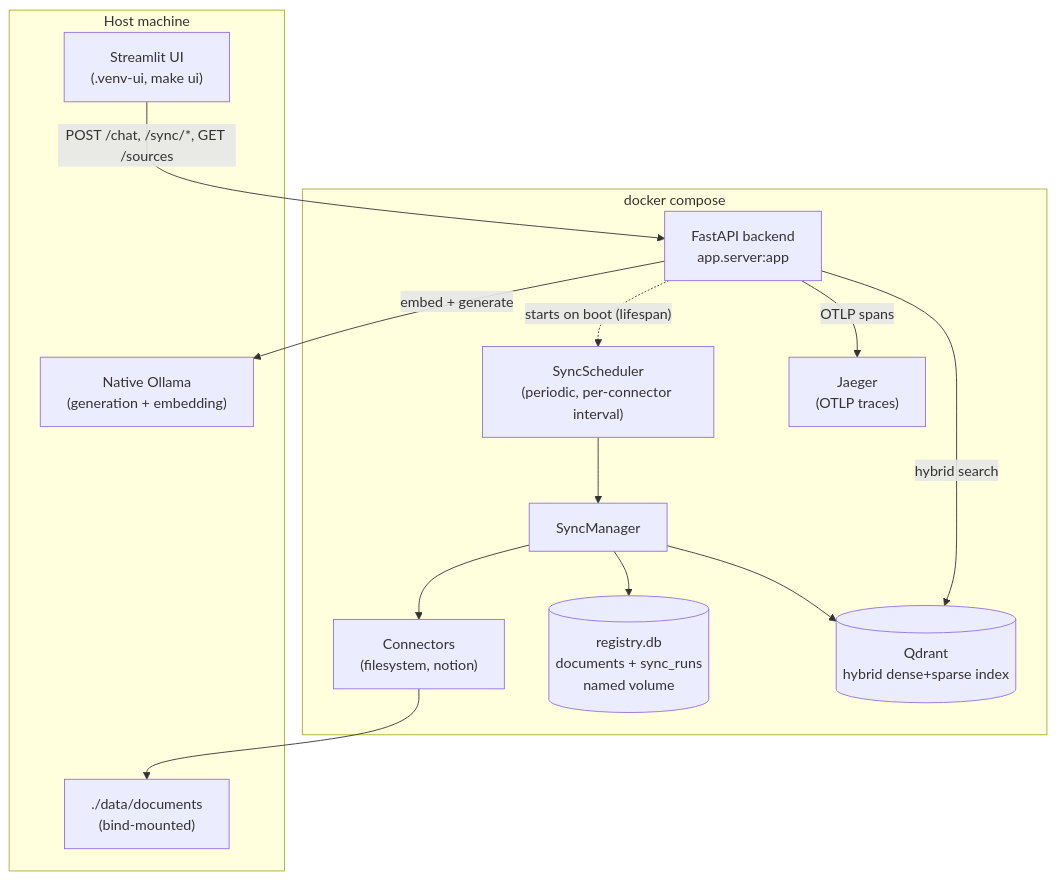
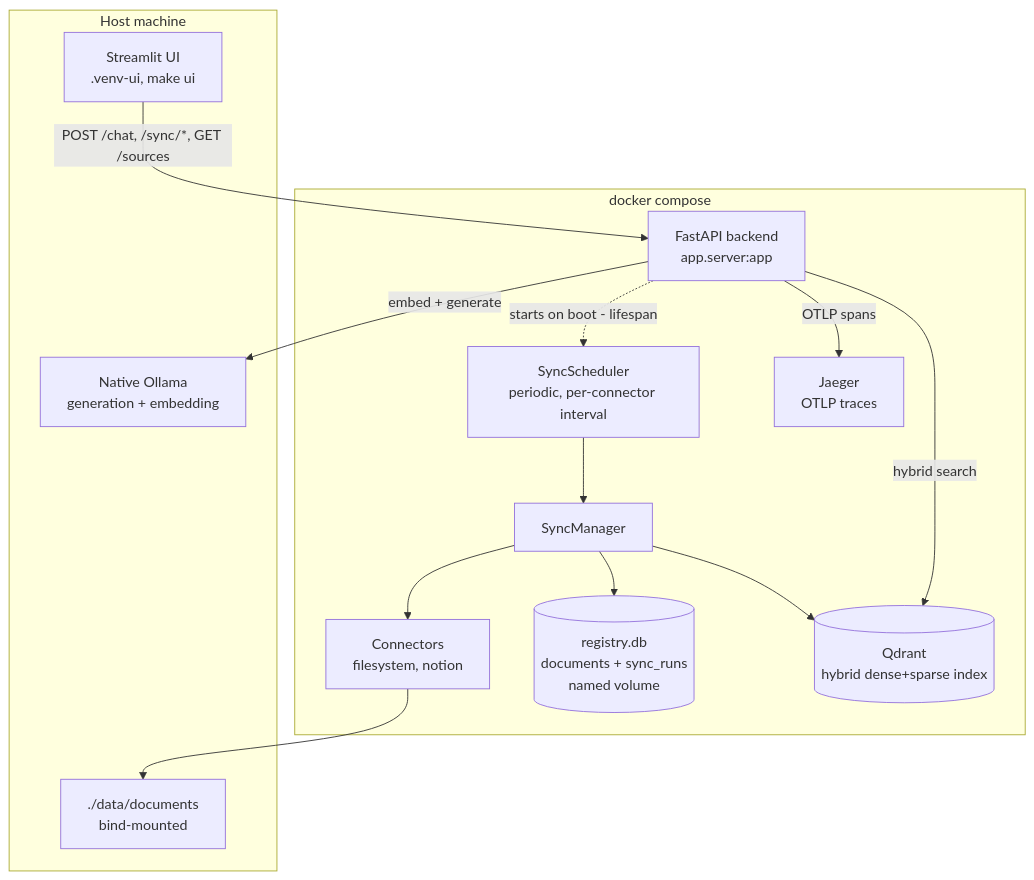
Before and after one commit to negativexq/knowledge-base-rag: the diagram in README.md, drawn with Mermaid.

Commit message:
Fix README architecture diagram: drop parens from mermaid labels
GitHub's mermaid renderer intermittently fails ("Unable to render rich
display") on flowchart node/edge labels containing parentheses, even
inside quoted strings. Replaces them with plain text/dashes so the
diagram renders reliably.

````diff
--- a/README.md
+++ b/README.md
@@ -78,29 +78,29 @@
 ```mermaid
 graph TD
     subgraph Host["Host machine"]
-        Ollama["Native Ollama<br/>(generation + embedding)"]
-        UI["Streamlit UI<br/>(.venv-ui, make ui)"]
-        DocsFolder["./data/documents<br/>(bind-mounted)"]
+        Ollama["Native Ollama<br/>generation + embedding"]
+        UI["Streamlit UI<br/>.venv-ui, make ui"]
+        DocsFolder["./data/documents<br/>bind-mounted"]
     end
 
     subgraph Compose["docker compose"]
         Backend["FastAPI backend<br/>app.server:app"]
-        Scheduler["SyncScheduler<br/>(periodic, per-connector interval)"]
+        Scheduler["SyncScheduler<br/>periodic, per-connector interval"]
         Manager["SyncManager"]
-        Connectors["Connectors<br/>(filesystem, notion)"]
+        Connectors["Connectors<br/>filesystem, notion"]
         Registry[("registry.db<br/>documents + sync_runs<br/>named volume")]
         Qdrant[("Qdrant<br/>hybrid dense+sparse index")]
-        Jaeger["Jaeger<br/>(OTLP traces)"]
+        Jaeger["Jaeger<br/>OTLP traces"]
     end
 
     UI -->|"POST /chat, /sync/*, GET /sources"| Backend
     Backend -->|"embed + generate"| Ollama
     Backend -->|"hybrid search"| Qdrant
     Backend -->|"OTLP spans"| Jaeger
-    Backend -. "starts on boot (lifespan)" .-> Scheduler
+    Backend -. "starts on boot - lifespan" .-> Scheduler
     Scheduler --> Manager
     Manager --> Connectors
     Manager --> Registry
     Manager --> Qdrant
     Connectors --> DocsFolder
 ```
````
